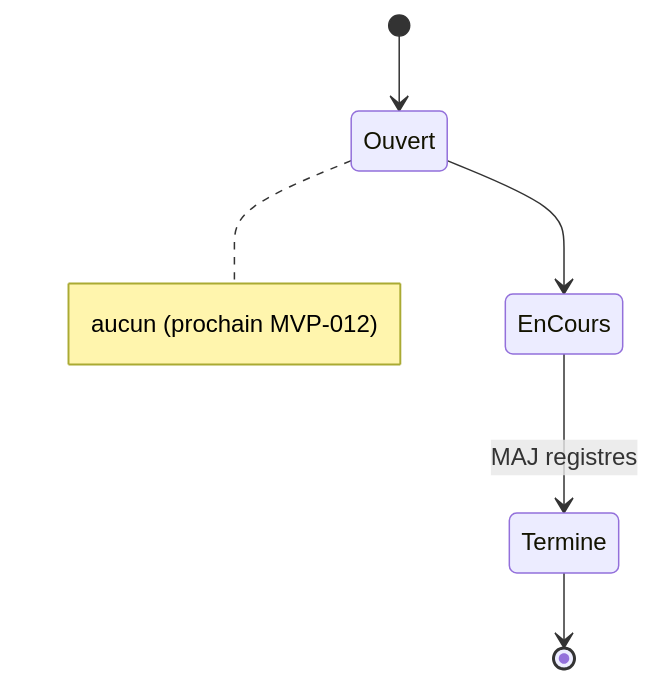
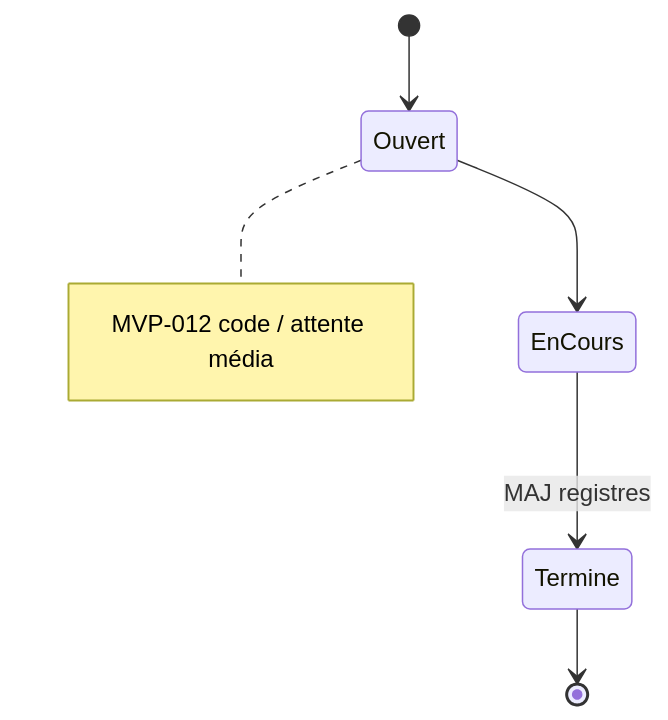
One commit to JavaChrist/Tai-Chi-AI-Coach changed the second of 2 diagrams in docs/runtime/11_BACKLOG.md. Above: the diagram before and after it, drawn with Mermaid. The commit also changed other lines of this file and 25 other files, not shown here.

````diff
--- a/docs/runtime/11_BACKLOG.md
+++ b/docs/runtime/11_BACKLOG.md
@@ -69,8 +69,8 @@
 ```mermaid
 stateDiagram-v2
   [*] --> Ouvert
   Ouvert --> EnCours
   EnCours --> Termine: MAJ registres
   Termine --> [*]
-  note right of Ouvert: aucun (prochain MVP-012)
+  note right of Ouvert: MVP-012 code / attente média
 ```
````
